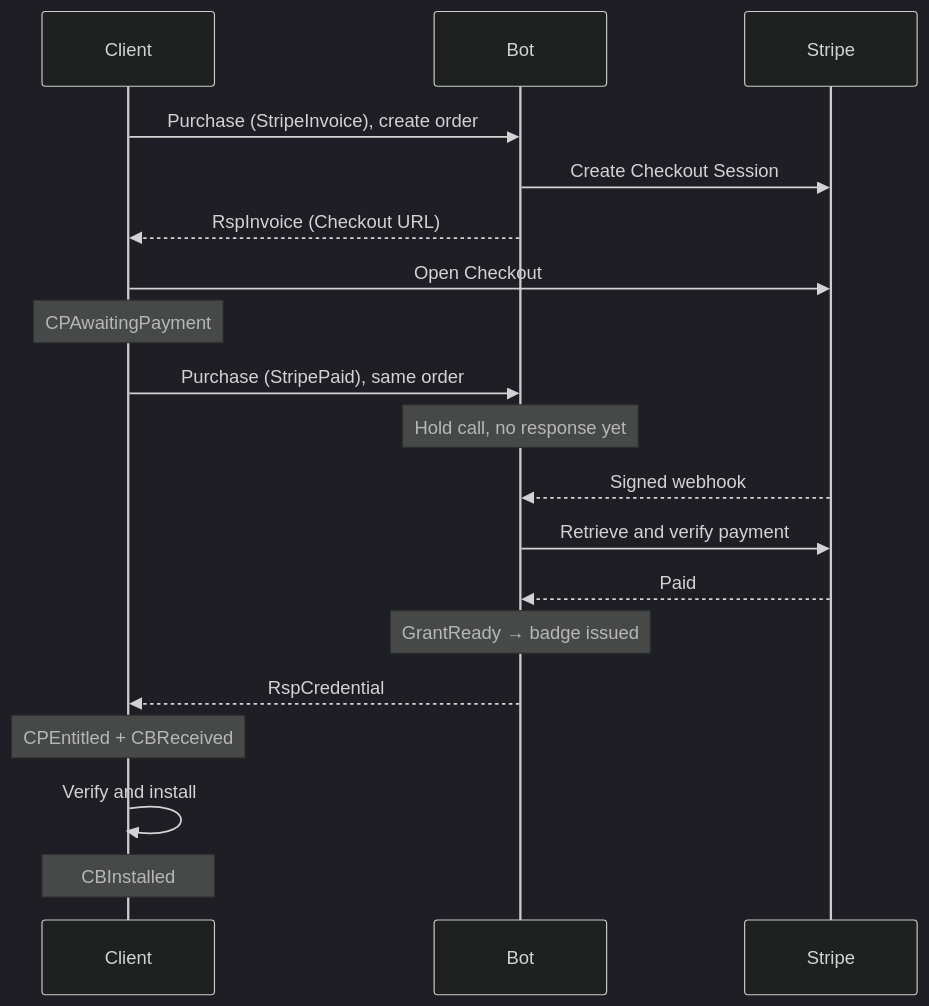
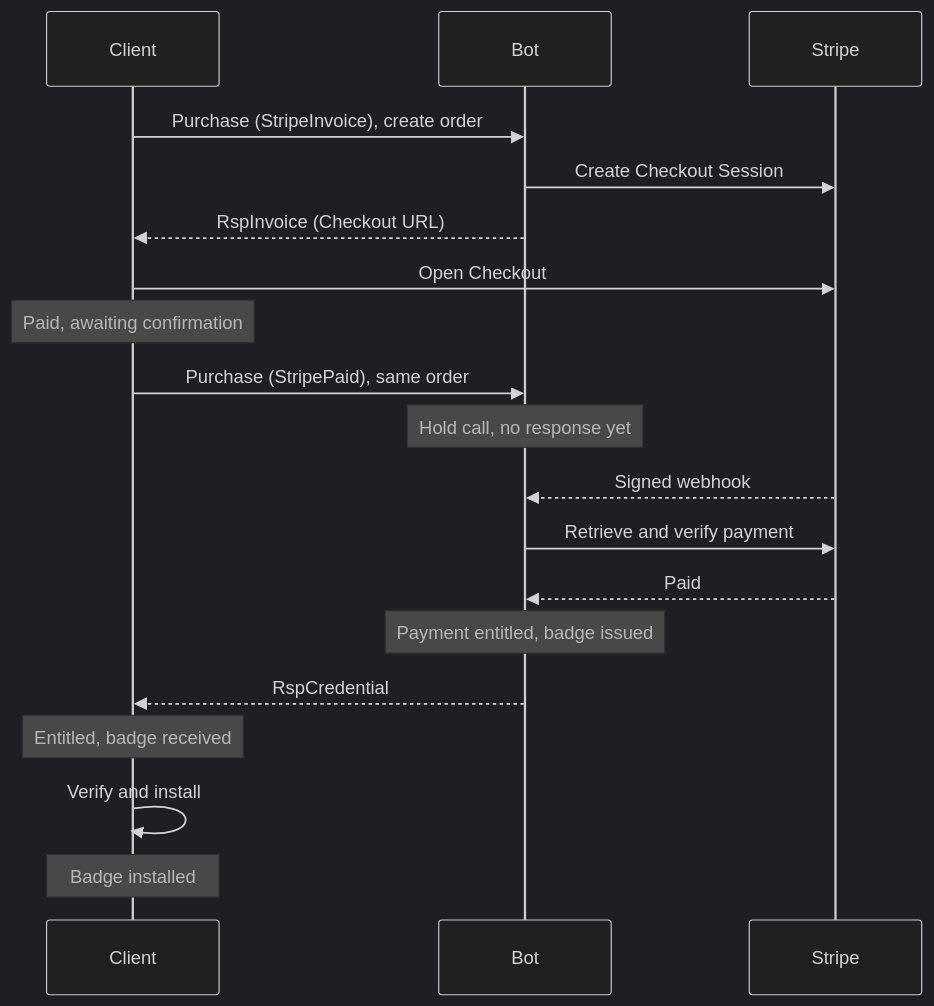
One commit to simplex-chat/simplex-chat changed the seventh of 12 diagrams in plans/2026-07-20-supporter-badges-v2-product.md. Above: the diagram before and after it, drawn with Mermaid (dark theme). The commit also changed other lines of this file and 4 other files, not shown here.

````diff
--- a/plans/2026-07-20-supporter-badges-v2-product.md
+++ b/plans/2026-07-20-supporter-badges-v2-product.md
@@ -210,21 +208,21 @@
 ```mermaid
 sequenceDiagram
   participant C as Client
   participant B as Bot
   participant S as Stripe
   C->>B: Purchase (StripeInvoice), create order
   B->>S: Create Checkout Session
   B-->>C: RspInvoice (Checkout URL)
   C->>S: Open Checkout
-  Note over C: CPAwaitingPayment
+  Note over C: Paid, awaiting confirmation
   C->>B: Purchase (StripePaid), same order
   Note over B: Hold call, no response yet
   S-->>B: Signed webhook
   B->>S: Retrieve and verify payment
   S-->>B: Paid
-  Note over B: GrantReady → badge issued
+  Note over B: Payment entitled, badge issued
   B-->>C: RspCredential
-  Note over C: CPEntitled + CBReceived
+  Note over C: Entitled, badge received
   C->>C: Verify and install
-  Note over C: CBInstalled
+  Note over C: Badge installed
 ```
````
